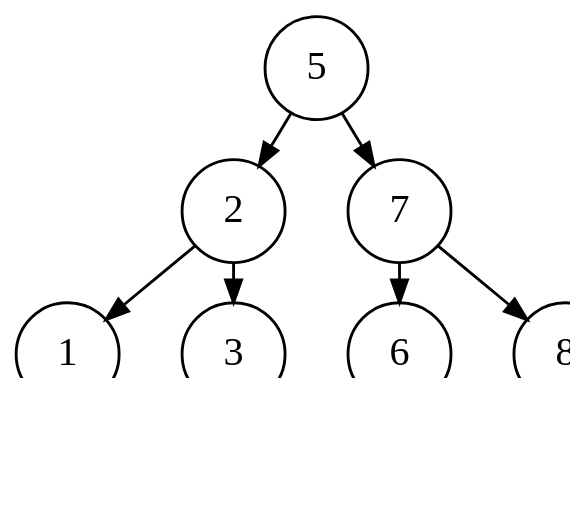
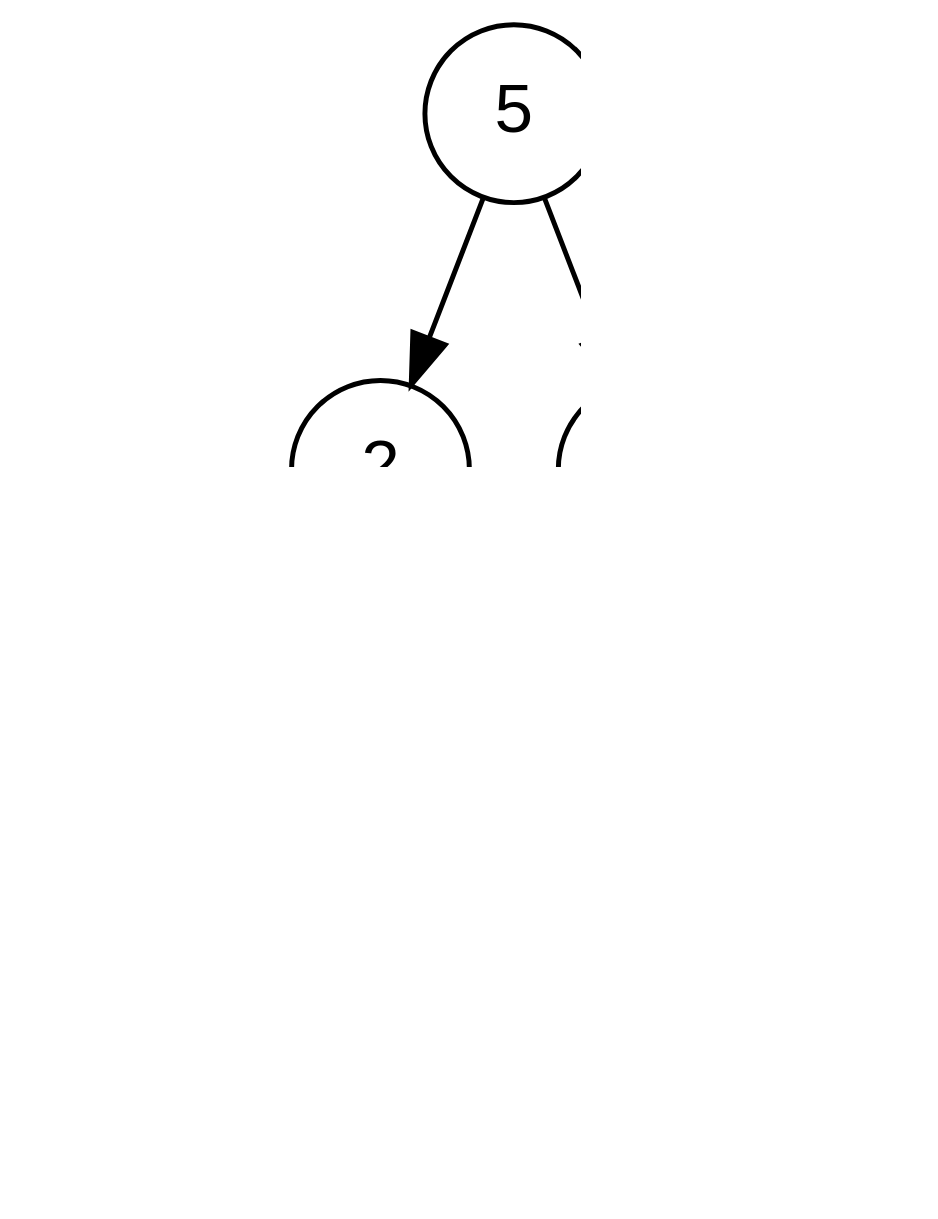
One commit to aliamid92/Algo changed the diagram in tree.gv. Above: the diagram before and after it, drawn with Graphviz. The commit also changed 3 other files, not shown here.

```diff
--- a/tree.gv
+++ b/tree.gv
@@ -1,23 +1,21 @@
 digraph G {
-graph [ dpi = 150 ]
-nodesep=0.3;
-ranksep=0.2;
-margin=0.1;
+graph [ dpi = 200 ]
+node [fontname=Arial ];
 node [shape=circle];
-edge [arrowsize=0.8];
+edge [arrowsize=1];
 node1 [label="5"];
 node1 -> node2;
 node2 [label="2"];
 node2 -> node4;
 node4 [label="1"];
 node2 -> node5;
 node5 [label="3"];
 node5 -> node11;
 node11 [label="4"];
 node1 -> node3;
 node3 [label="7"];
 node3 -> node6;
 node6 [label="6"];
 node3 -> node7;
 node7 [label="8"];
 }
```
